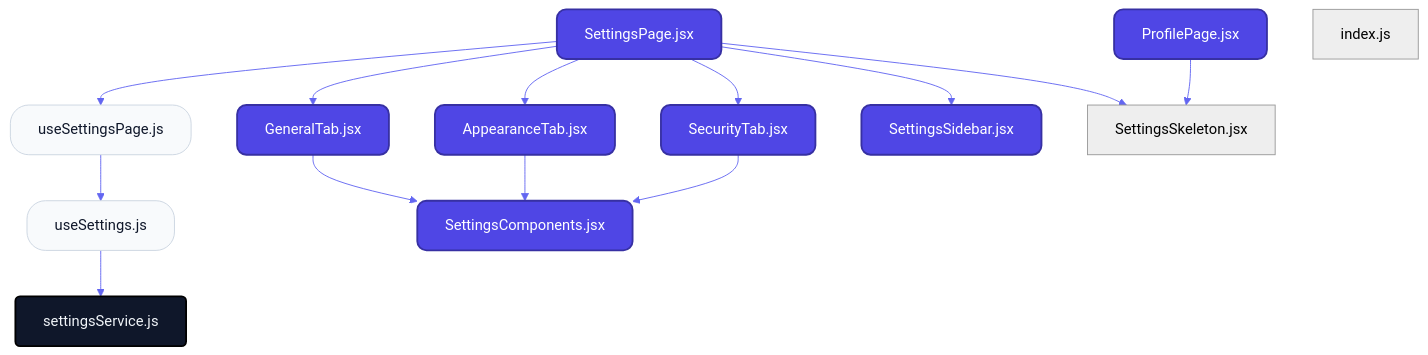
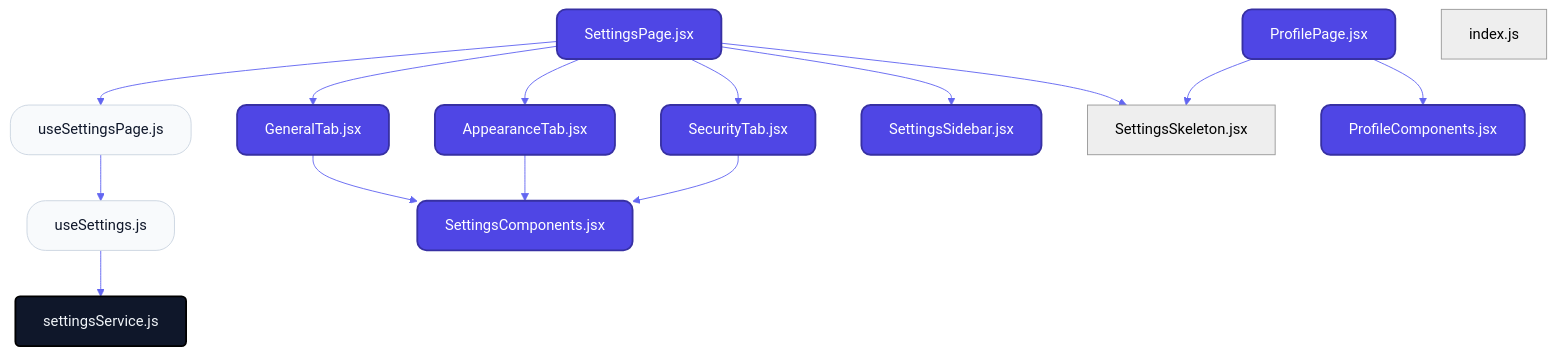
Before and after one commit to nexowebai/nexo-superadmin: the first of 2 diagrams in src/features/settings/README.md, drawn with Mermaid. The commit also changed other lines of this file and 142 other files, not shown here.

````diff
--- a/src/features/settings/README.md
+++ b/src/features/settings/README.md
@@ -12,32 +12,34 @@
 ```mermaid
 %%{init: {'theme': 'neutral', 'themeVariables': { 'fontFamily': 'Inter', 'lineColor': '#6366f1' }}}%%
 graph TD
     classDef page fill:#4f46e5,stroke:#3730a3,stroke-width:2px,color:#fff,rx:10,ry:10;
     classDef hook fill:#f8fafc,stroke:#cbd5e1,stroke-width:1px,color:#0f172a,rx:20,ry:20;
     classDef service fill:#0f172a,stroke:#000,stroke-width:2px,color:#f1f5f9,rx:5,ry:5;
 
     ProfilePagejsx["ProfilePage.jsx"]:::page
     SettingsPagejsx["SettingsPage.jsx"]:::page
     indexjs["index.js"]
     useSettingsjs["useSettings.js"]:::hook
     useSettingsPagejs["useSettingsPage.js"]:::hook
     settingsServicejs["settingsService.js"]:::service
     AppearanceTabjsx["AppearanceTab.jsx"]:::page
     GeneralTabjsx["GeneralTab.jsx"]:::page
+    ProfileComponentsjsx["ProfileComponents.jsx"]:::page
     SecurityTabjsx["SecurityTab.jsx"]:::page
     SettingsComponentsjsx["SettingsComponents.jsx"]:::page
     SettingsSidebarjsx["SettingsSidebar.jsx"]:::page
     SettingsSkeletonjsx["SettingsSkeleton.jsx"]
     ProfilePagejsx --> SettingsSkeletonjsx
+    ProfilePagejsx --> ProfileComponentsjsx
     SettingsPagejsx --> useSettingsPagejs
     SettingsPagejsx --> GeneralTabjsx
     SettingsPagejsx --> AppearanceTabjsx
     SettingsPagejsx --> SecurityTabjsx
     SettingsPagejsx --> SettingsSidebarjsx
     SettingsPagejsx --> SettingsSkeletonjsx
     useSettingsjs --> settingsServicejs
     useSettingsPagejs --> useSettingsjs
     AppearanceTabjsx --> SettingsComponentsjsx
     GeneralTabjsx --> SettingsComponentsjsx
     SecurityTabjsx --> SettingsComponentsjsx
 ```
````
